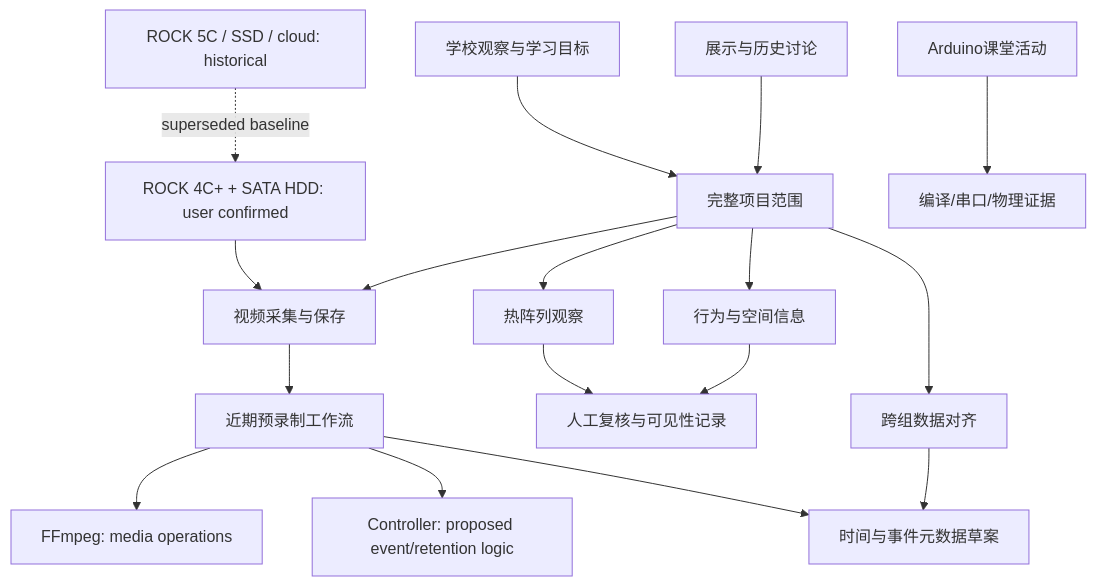
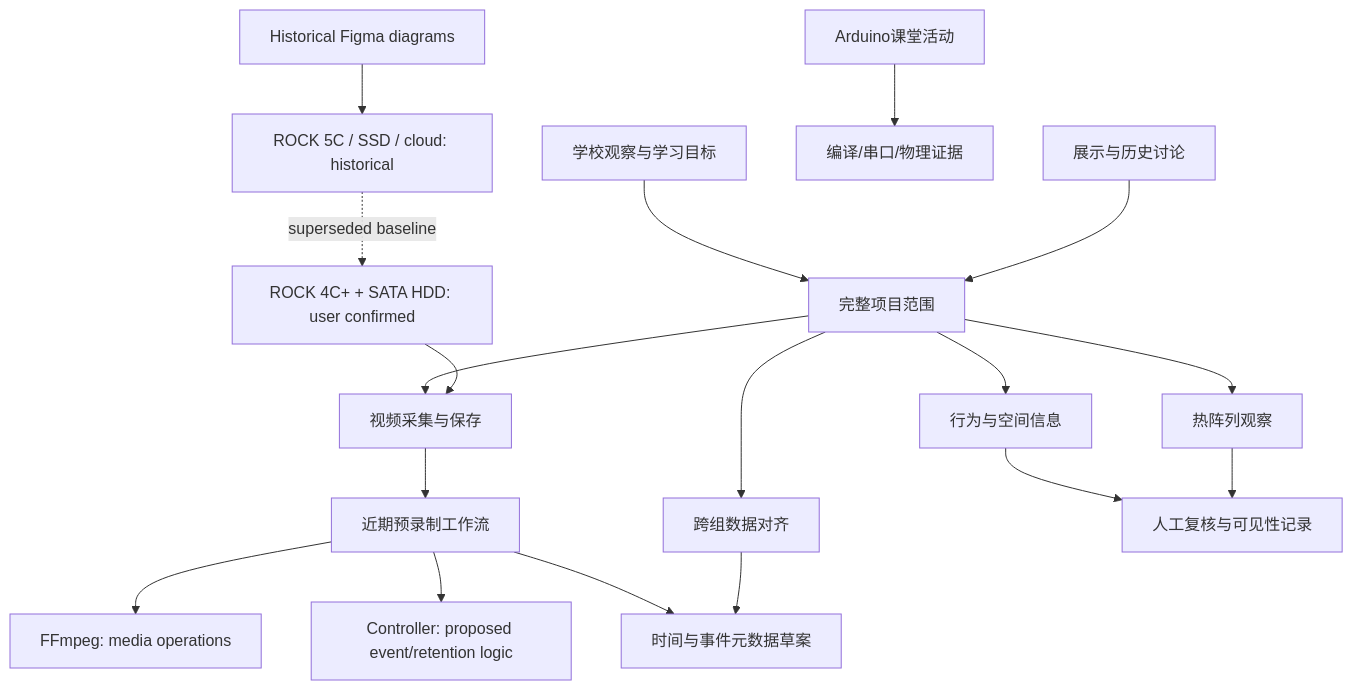
Before and after one commit to OrsonJyu/Lab-Studies-in-Systems-Design: the diagram in knowledge/NETWORK.md, drawn with Mermaid. The commit also changed 42 other files, not shown here.

````diff
--- a/knowledge/NETWORK.md
+++ b/knowledge/NETWORK.md
@@ -5,19 +5,20 @@
 ```mermaid
 flowchart TD
     G[学校观察与学习目标] --> S[完整项目范围]
     S --> V[视频采集与保存]
     S --> T[热阵列观察]
     S --> B[行为与空间信息]
     S --> X[跨组数据对齐]
     H[ROCK 4C+ + SATA HDD: user confirmed] --> V
+    Z[Historical Figma diagrams] --> O
     O[ROCK 5C / SSD / cloud: historical] -. superseded baseline .-> H
     V --> P[近期预录制工作流]
     P --> F[FFmpeg: media operations]
     P --> C[Controller: proposed event/retention logic]
     P --> M[时间与事件元数据草案]
     X --> M
     B --> R[人工复核与可见性记录]
     T --> R
     A[Arduino课堂活动] --> E[编译/串口/物理证据]
     D[展示与历史讨论] --> S
 ```
````
